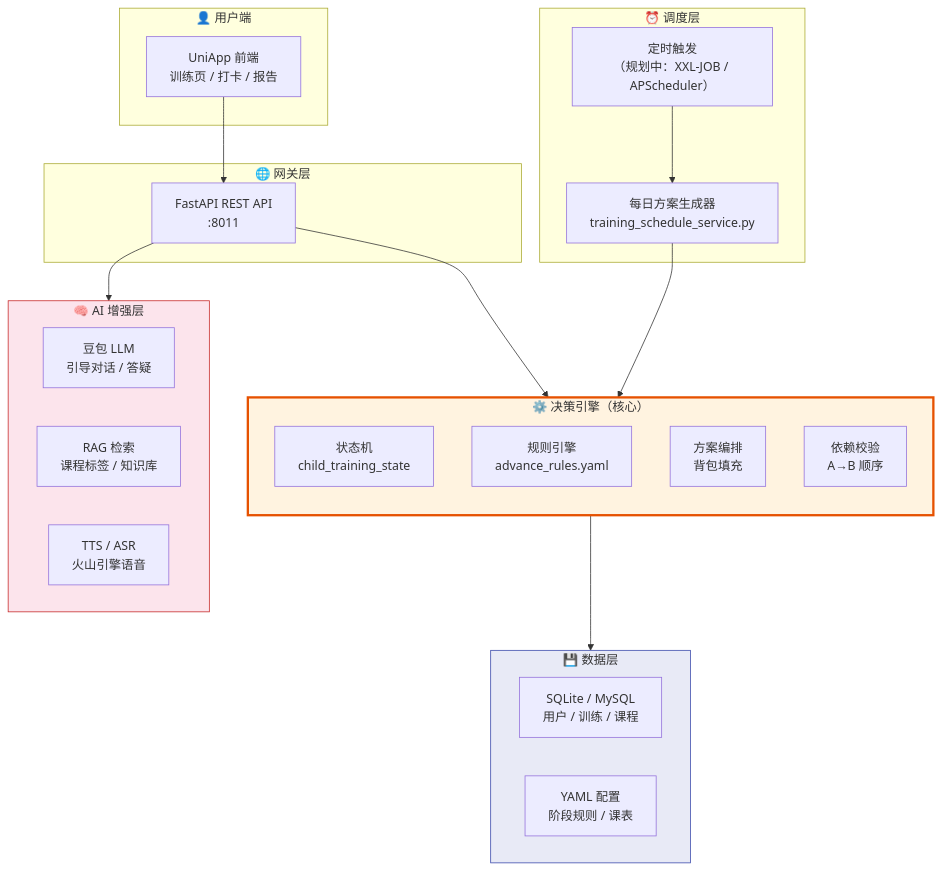
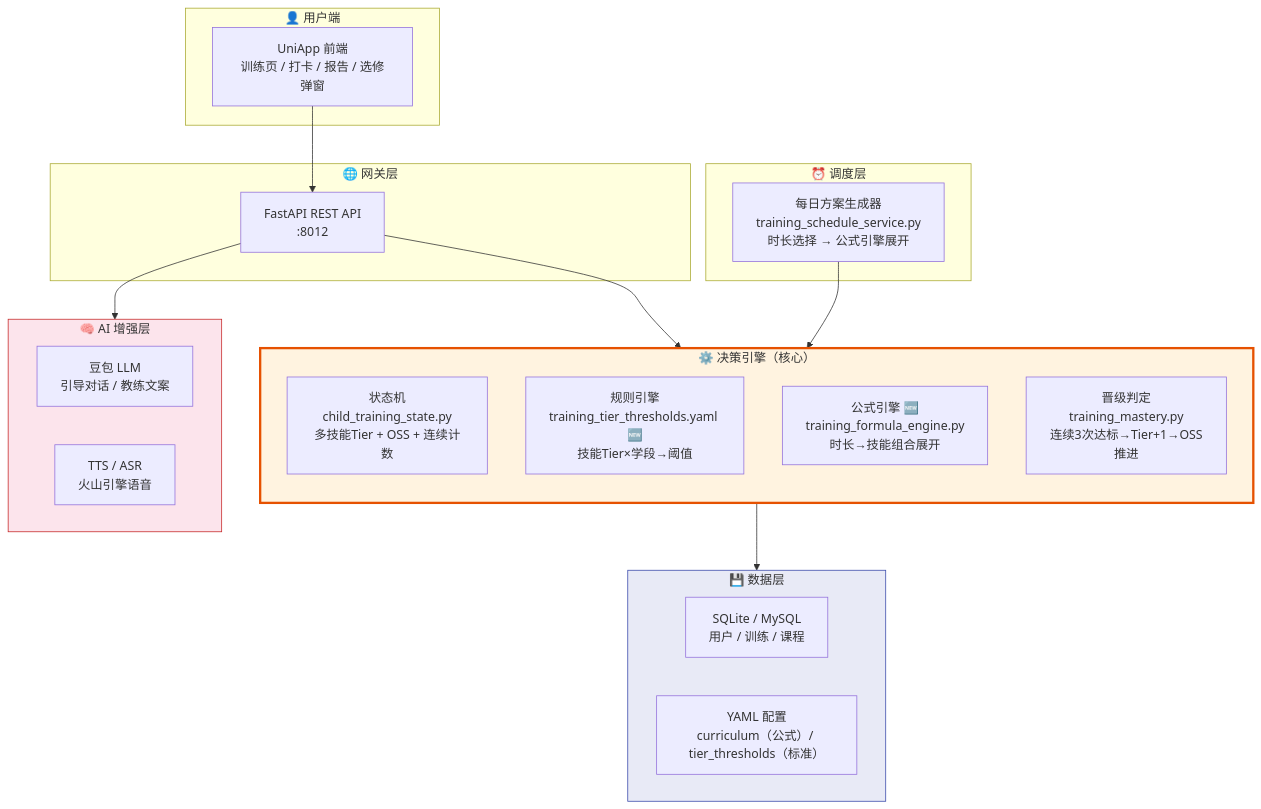
Before and after one commit to quppwork/Jnao_tianfu_daka: the eighth of 8 diagrams in docs/体系架构设计.md, drawn with Mermaid. The commit also changed other lines of this file and 81 other files, not shown here.

````diff
--- a/docs/体系架构设计.md
+++ b/docs/体系架构设计.md
@@ -350,45 +575,42 @@
 ```mermaid
 graph TB
     subgraph USER["👤 用户端"]
-        APP["UniApp 前端<br/>训练页 / 打卡 / 报告"]
+        APP["UniApp 前端<br/>训练页 / 打卡 / 报告 / 选修弹窗"]
     end
 
     subgraph GATEWAY["🌐 网关层"]
-        API["FastAPI REST API<br/>:8011"]
+        API["FastAPI REST API<br/>:8012"]
     end
 
     subgraph SCHEDULER["⏰ 调度层"]
-        CRON["定时触发<br/>（规划中：XXL-JOB / APScheduler）"]
-        GEN["每日方案生成器<br/>training_schedule_service.py"]
+        GEN["每日方案生成器<br/>training_schedule_service.py<br/>时长选择 → 公式引擎展开"]
     end
 
     subgraph ENGINE["⚙️ 决策引擎（核心）"]
         direction TB
-        SM2["状态机<br/>child_training_state"]
-        RE2["规则引擎<br/>advance_rules.yaml"]
-        PLAN2["方案编排<br/>背包填充"]
-        DEP2["依赖校验<br/>A→B 顺序"]
+        SM2["状态机<br/>child_training_state.py<br/>多技能Tier + OSS + 连续计数"]
+        RE2["规则引擎<br/>training_tier_thresholds.yaml 🆕<br/>技能Tier×学段→阈值"]
+        FM["公式引擎 🆕<br/>training_formula_engine.py<br/>时长→技能组合展开"]
+        MS["晋级判定<br/>training_mastery.py<br/>连续3次达标→Tier+1→OSS推进"]
     end
 
     subgraph STORAGE["💾 数据层"]
         DB2["SQLite / MySQL<br/>用户 / 训练 / 课程"]
-        YML["YAML 配置<br/>阶段规则 / 课表"]
+        YML["YAML 配置<br/>curriculum（公式）/ tier_thresholds（标准）"]
     end
 
     subgraph AI["🧠 AI 增强层"]
-        DOUBAO["豆包 LLM<br/>引导对话 / 答疑"]
-        RAG["RAG 检索<br/>课程标签 / 知识库"]
+        DOUBAO["豆包 LLM<br/>引导对话 / 教练文案"]
         TTS["TTS / ASR<br/>火山引擎语音"]
     end
 
     APP --> API
     API --> ENGINE
-    CRON --> GEN
     GEN --> ENGINE
     ENGINE --> STORAGE
     API --> AI
 
     style ENGINE fill:#fff3e0,stroke:#e65100,stroke-width:3px
     style STORAGE fill:#e8eaf6,stroke:#3949ab
     style AI fill:#fce4ec,stroke:#c62828
 ```
````
